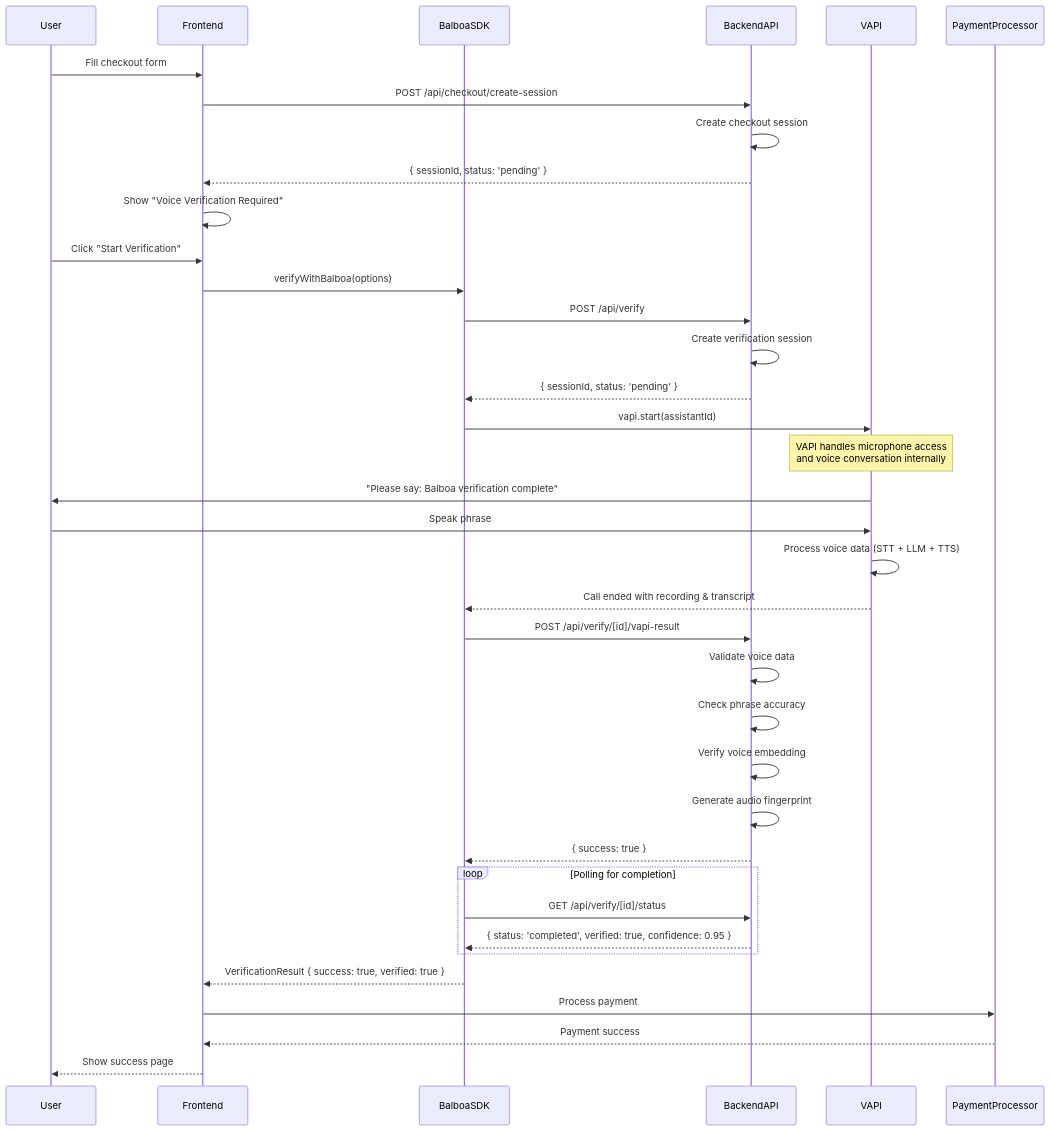
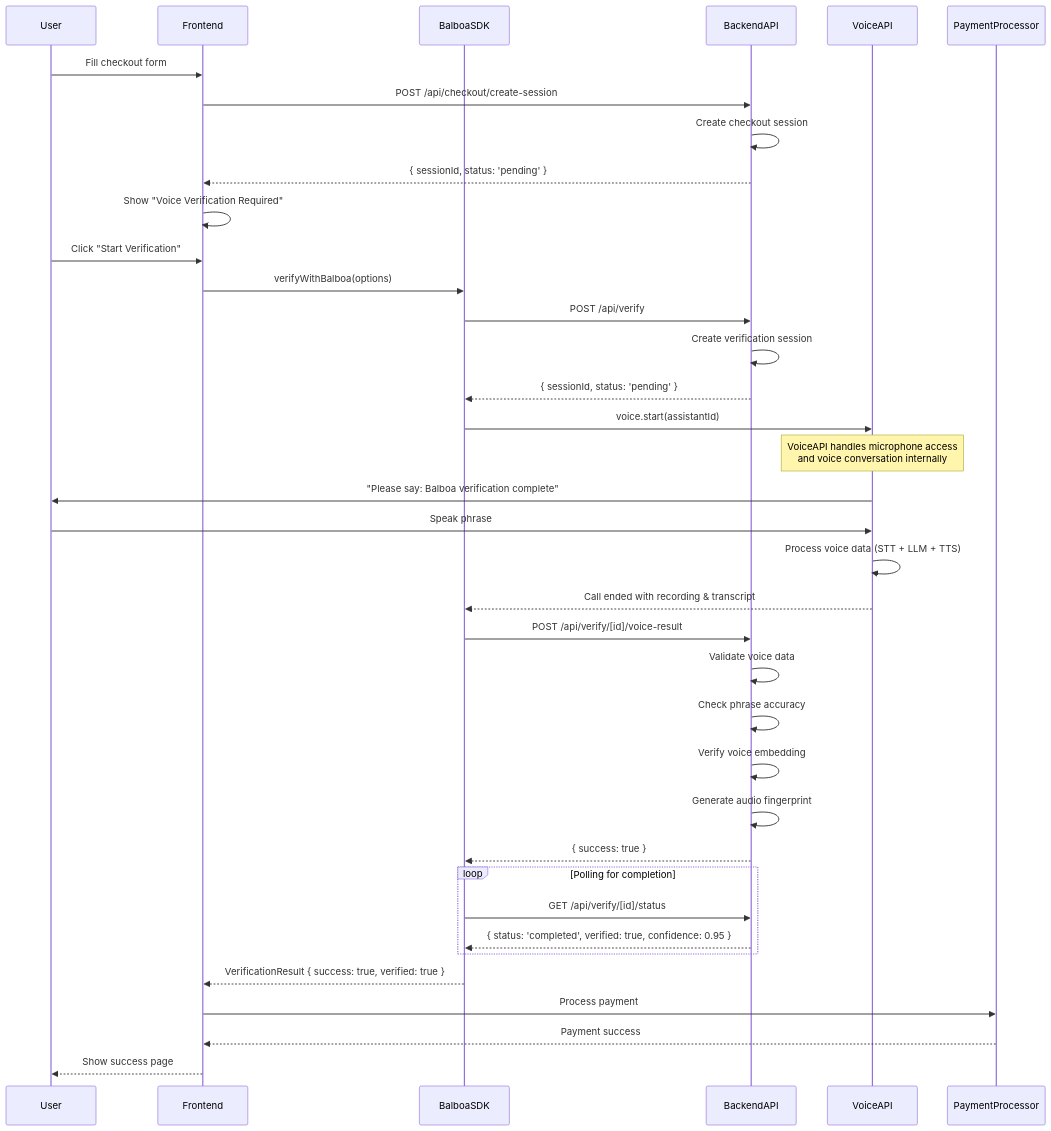
Before and after one commit to pjsny/hackharvard-25-balboa-vodka: the diagram in docs/sdk.md, drawn with Mermaid. The commit also changed other lines of this file and 11 other files, not shown here.

````diff
--- a/docs/sdk.md
+++ b/docs/sdk.md
@@ -9,46 +9,46 @@
 ```mermaid
 sequenceDiagram
     participant User
     participant Frontend
     participant BalboaSDK
     participant BackendAPI
-    participant VAPI
+    participant VoiceAPI
     participant PaymentProcessor
 
     User->>Frontend: Fill checkout form
     Frontend->>BackendAPI: POST /api/checkout/create-session
     BackendAPI->>BackendAPI: Create checkout session
     BackendAPI-->>Frontend: { sessionId, status: 'pending' }
 
     Frontend->>Frontend: Show "Voice Verification Required"
     User->>Frontend: Click "Start Verification"
     Frontend->>BalboaSDK: verifyWithBalboa(options)
 
     BalboaSDK->>BackendAPI: POST /api/verify
     BackendAPI->>BackendAPI: Create verification session
     BackendAPI-->>BalboaSDK: { sessionId, status: 'pending' }
 
-    BalboaSDK->>VAPI: vapi.start(assistantId)
-    Note over VAPI: VAPI handles microphone access<br/>and voice conversation internally
-    VAPI->>User: "Please say: Balboa verification complete"
-    User->>VAPI: Speak phrase
-    VAPI->>VAPI: Process voice data (STT + LLM + TTS)
-    VAPI-->>BalboaSDK: Call ended with recording & transcript
+    BalboaSDK->>VoiceAPI: voice.start(assistantId)
+    Note over VoiceAPI: VoiceAPI handles microphone access<br/>and voice conversation internally
+    VoiceAPI->>User: "Please say: Balboa verification complete"
+    User->>VoiceAPI: Speak phrase
+    VoiceAPI->>VoiceAPI: Process voice data (STT + LLM + TTS)
+    VoiceAPI-->>BalboaSDK: Call ended with recording & transcript
 
-    BalboaSDK->>BackendAPI: POST /api/verify/[id]/vapi-result
+    BalboaSDK->>BackendAPI: POST /api/verify/[id]/voice-result
     BackendAPI->>BackendAPI: Validate voice data
     BackendAPI->>BackendAPI: Check phrase accuracy
     BackendAPI->>BackendAPI: Verify voice embedding
     BackendAPI->>BackendAPI: Generate audio fingerprint
     BackendAPI-->>BalboaSDK: { success: true }
 
     loop Polling for completion
         BalboaSDK->>BackendAPI: GET /api/verify/[id]/status
         BackendAPI-->>BalboaSDK: { status: 'completed', verified: true, confidence: 0.95 }
     end
 
     BalboaSDK-->>Frontend: VerificationResult { success: true, verified: true }
     Frontend->>PaymentProcessor: Process payment
     PaymentProcessor-->>Frontend: Payment success
     Frontend-->>User: Show success page
 ```
````
